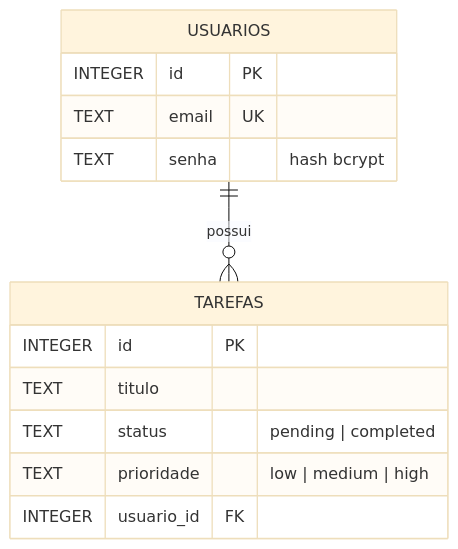
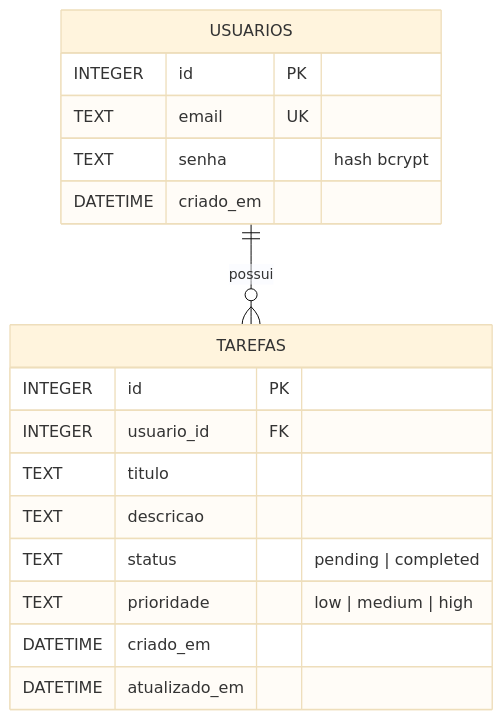
Before and after one commit to ThiagoBorsatto/gerenciador-de-tarefas: the first of 2 diagrams in README.md, drawn with Mermaid (base theme). The commit also changed other lines of this file and 2 other files, not shown here.

Commit message:
docs: semanario da Aula 10 (deploy no Render) e README atualizado

````diff
--- a/README.md
+++ b/README.md
@@ -160,16 +227,20 @@
 ```mermaid
 erDiagram
-    TAREFAS {
-        INTEGER id PK
-        TEXT titulo
-        TEXT status "pending | completed"
-        TEXT prioridade "low | medium | high"
-        INTEGER usuario_id FK
-    }
     USUARIOS {
         INTEGER id PK
         TEXT email UK
         TEXT senha "hash bcrypt"
+        DATETIME criado_em
+    }
+    TAREFAS {
+        INTEGER id PK
+        INTEGER usuario_id FK
+        TEXT titulo
+        TEXT descricao
+        TEXT status "pending | completed"
+        TEXT prioridade "low | medium | high"
+        DATETIME criado_em
+        DATETIME atualizado_em
     }
     USUARIOS ||--o{ TAREFAS : "possui"
 ```
````
